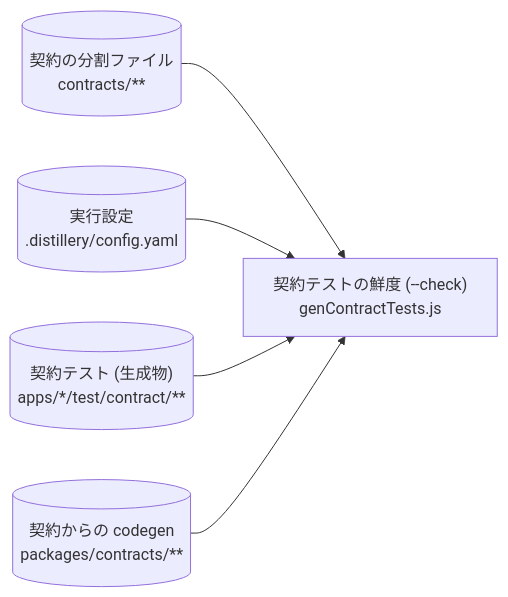
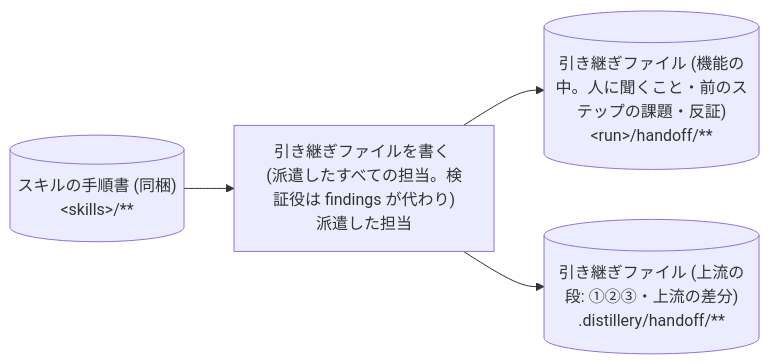
Before and after one commit to suwa-sh/suwa-sh-claude-plugins: diagram 33 of 50 in plugins/distillery2/skills/d2-common/references/dataflow.md, drawn with Mermaid. The commit also changed other lines of this file and 12 other files, not shown here.

````diff
--- a/plugins/distillery2/skills/d2-common/references/dataflow.md
+++ b/plugins/distillery2/skills/d2-common/references/dataflow.md
@@ -854,12 +861,10 @@
 ```mermaid
 flowchart LR
-  p_run_feedback_check_contract_tests["契約テストの鮮度 (--check)<br/>genContractTests.js"]
-  s_contracts_src[("契約の分割ファイル<br/>contracts/**")]
-  s_config[("実行設定<br/>.distillery/config.yaml")]
-  s_contract_tests[("契約テスト (生成物)<br/>apps/*/test/contract/**")]
-  s_contracts_code[("契約からの codegen<br/>packages/contracts/**")]
-  s_contracts_src --> p_run_feedback_check_contract_tests
-  s_config --> p_run_feedback_check_contract_tests
-  s_contract_tests --> p_run_feedback_check_contract_tests
-  s_contracts_code --> p_run_feedback_check_contract_tests
+  p_handoff_write["引き継ぎファイルを書く (派遣したすべての担当。検証役は findings が代わり)<br/>派遣した担当"]
+  s_skill_docs[("スキルの手順書 (同梱)<br/>#lt;skills#gt;/**")]
+  s_handoff_run[("引き継ぎファイル (機能の中。人に聞くこと・前のステップの課題・反証)<br/>#lt;run#gt;/handoff/**")]
+  s_handoff_upstream[("引き継ぎファイル (上流の段: ①②③・上流の差分)<br/>.distillery/handoff/**")]
+  s_skill_docs --> p_handoff_write
+  p_handoff_write --> s_handoff_run
+  p_handoff_write --> s_handoff_upstream
 ```
````
